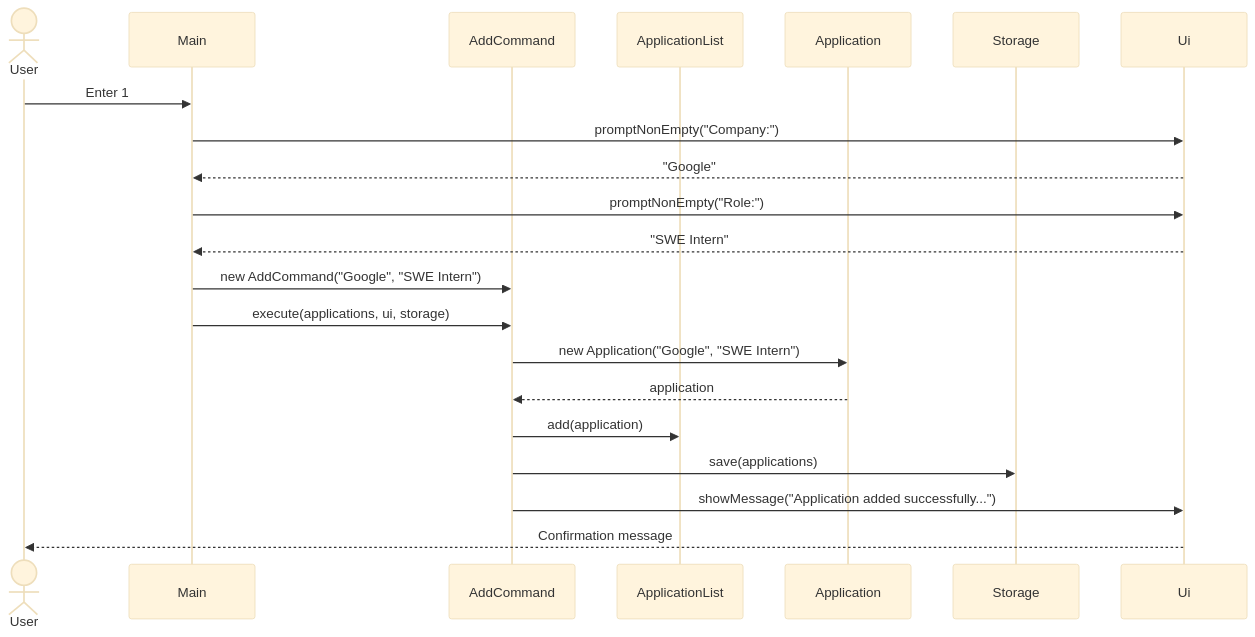
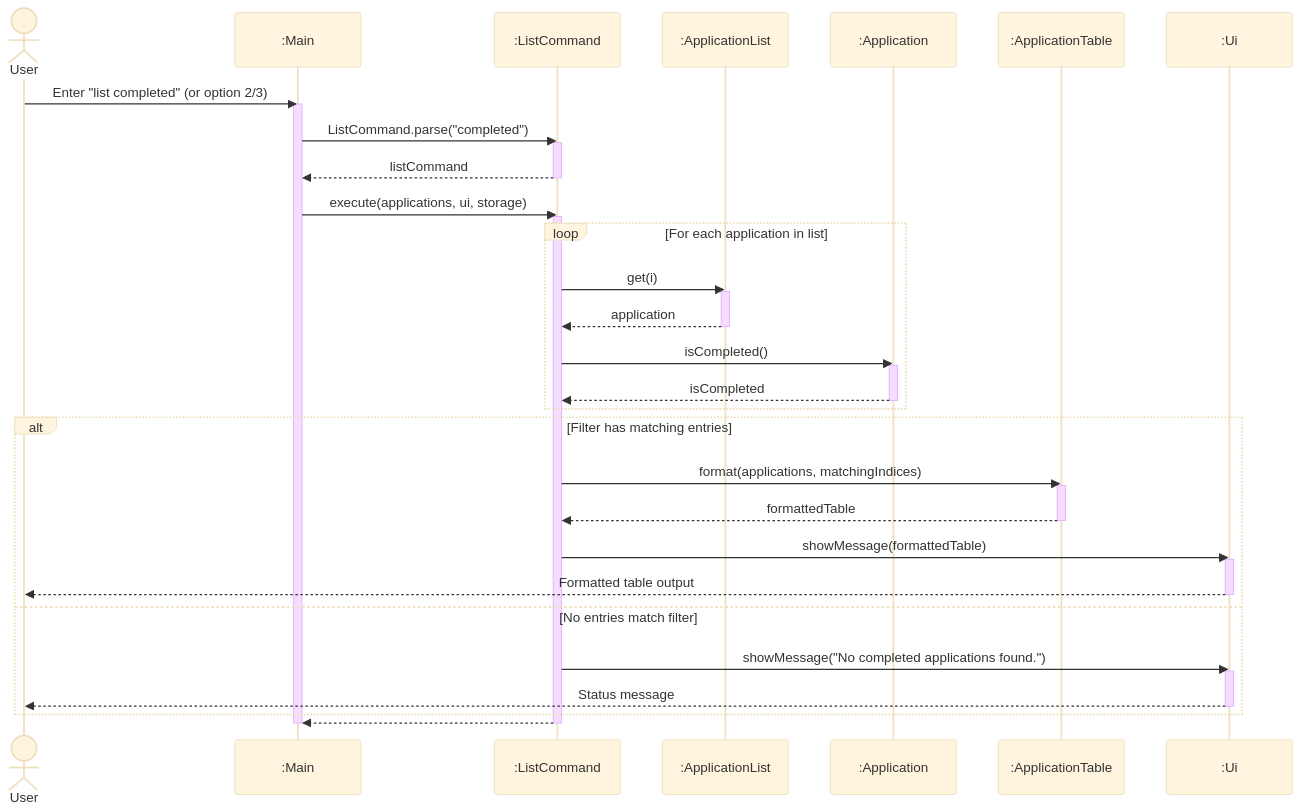
Before and after one commit to AY2627S1-CS2113-T10-2/tp: the sixth of 19 diagrams in docs/DeveloperGuide.md, drawn with Mermaid (base theme). The commit also changed other lines of this file, not shown here.

First line of the commit message:
docs: overhaul DeveloperGuide diagrams and fix rich display error

````diff
--- a/docs/DeveloperGuide.md
+++ b/docs/DeveloperGuide.md
@@ -128,23 +497,50 @@
 ```mermaid
 sequenceDiagram
-    actor User
-    participant Main
-    participant AddCommand
-    participant ApplicationList
-    participant Application
-    participant Storage
-    participant Ui
-    User->>Main: Enter 1
-    Main->>Ui: promptNonEmpty("Company:")
-    Ui-->>Main: "Google"
-    Main->>Ui: promptNonEmpty("Role:")
-    Ui-->>Main: "SWE Intern"
-    Main->>AddCommand: new AddCommand("Google", "SWE Intern")
-    Main->>AddCommand: execute(applications, ui, storage)
-    AddCommand->>Application: new Application("Google", "SWE Intern")
-    Application-->>AddCommand: application
-    AddCommand->>ApplicationList: add(application)
-    AddCommand->>Storage: save(applications)
-    AddCommand->>Ui: showMessage("Application added successfully...")
-    Ui-->>User: Confirmation message
+    actor user as User
+    participant main as :Main
+    participant cmd as :ListCommand
+    participant list as :ApplicationList
+    participant app as :Application
+    participant table as :ApplicationTable
+    participant ui as :Ui
+
+    user->>main: Enter "list completed" (or option 2/3)
+    activate main
+    main->>cmd: ListCommand.parse("completed")
+    activate cmd
+    cmd-->>main: listCommand
+    deactivate cmd
+    main->>cmd: execute(applications, ui, storage)
+    activate cmd
+
+    loop For each application in list
+        cmd->>list: get(i)
+        activate list
+        list-->>cmd: application
+        deactivate list
+        cmd->>app: isCompleted()
+        activate app
+        app-->>cmd: isCompleted
+        deactivate app
+    end
+
+    alt Filter has matching entries
+        cmd->>table: format(applications, matchingIndices)
+        activate table
+        table-->>cmd: formattedTable
+        deactivate table
+        cmd->>ui: showMessage(formattedTable)
+        activate ui
+        ui-->>user: Formatted table output
+        deactivate ui
+    else No entries match filter
+        cmd->>ui: showMessage("No completed applications found.")
+        activate ui
+        ui-->>user: Status message
+        deactivate ui
+    end
+
+    cmd-->>main: 
+    deactivate cmd
+    deactivate main
 ```
````
